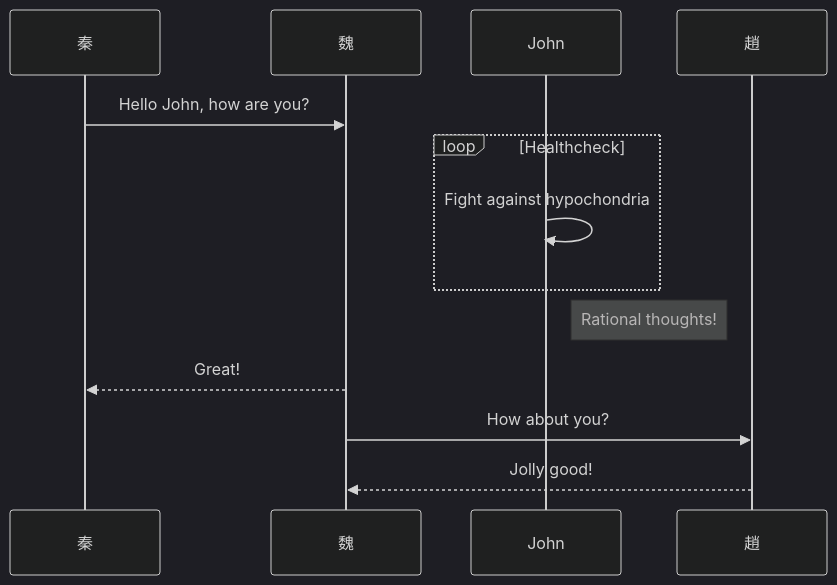
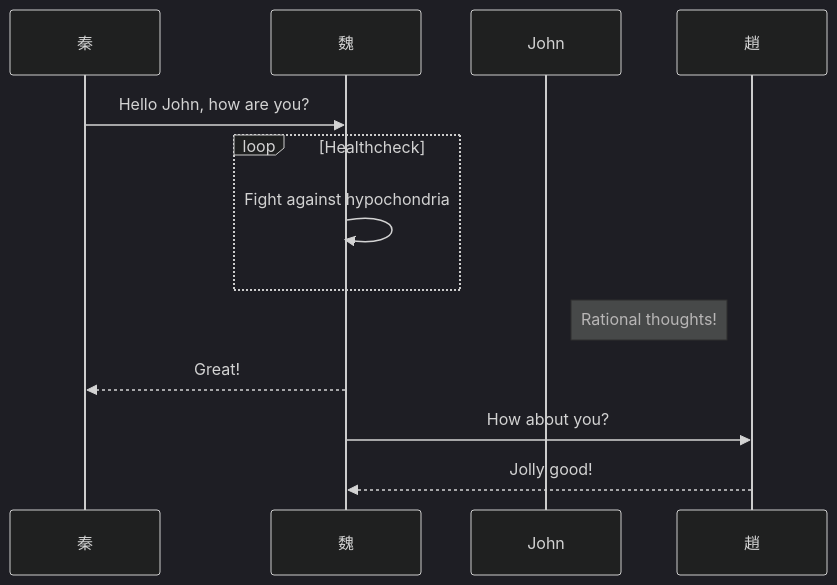
The diagram in main.md (twodogmeimei/DaQing), drawn with Mermaid (dark theme) before and after one commit.

````diff
--- a/main.md
+++ b/main.md
@@ -1,11 +1,11 @@
 ```mermaid
 sequenceDiagram
 秦->>魏: Hello John, how are you?
 loop Healthcheck
-    John->>John: Fight against hypochondria
+    魏->>魏: Fight against hypochondria
 end
 Note right of John: Rational thoughts!
 魏-->>秦: Great!
 魏->>趙: How about you?
 趙-->>魏: Jolly good!
 ```
````
